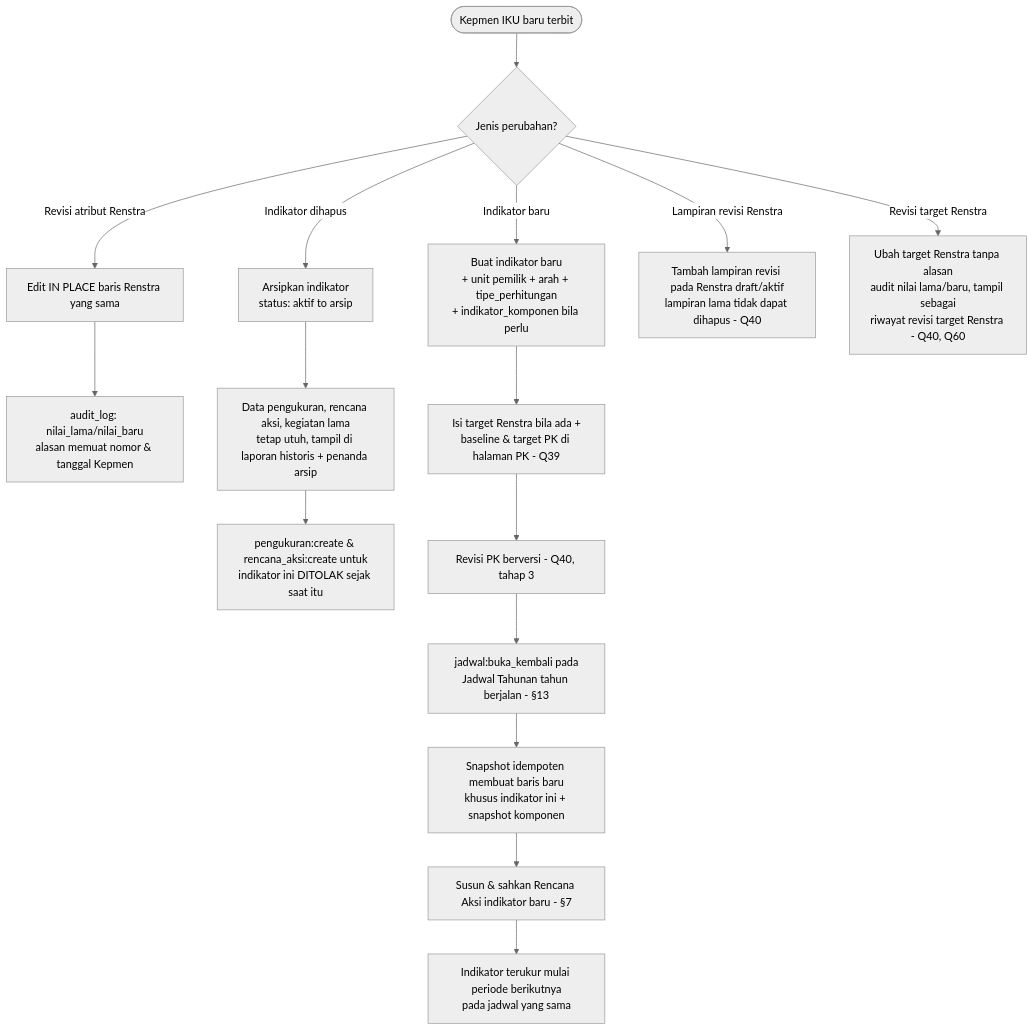
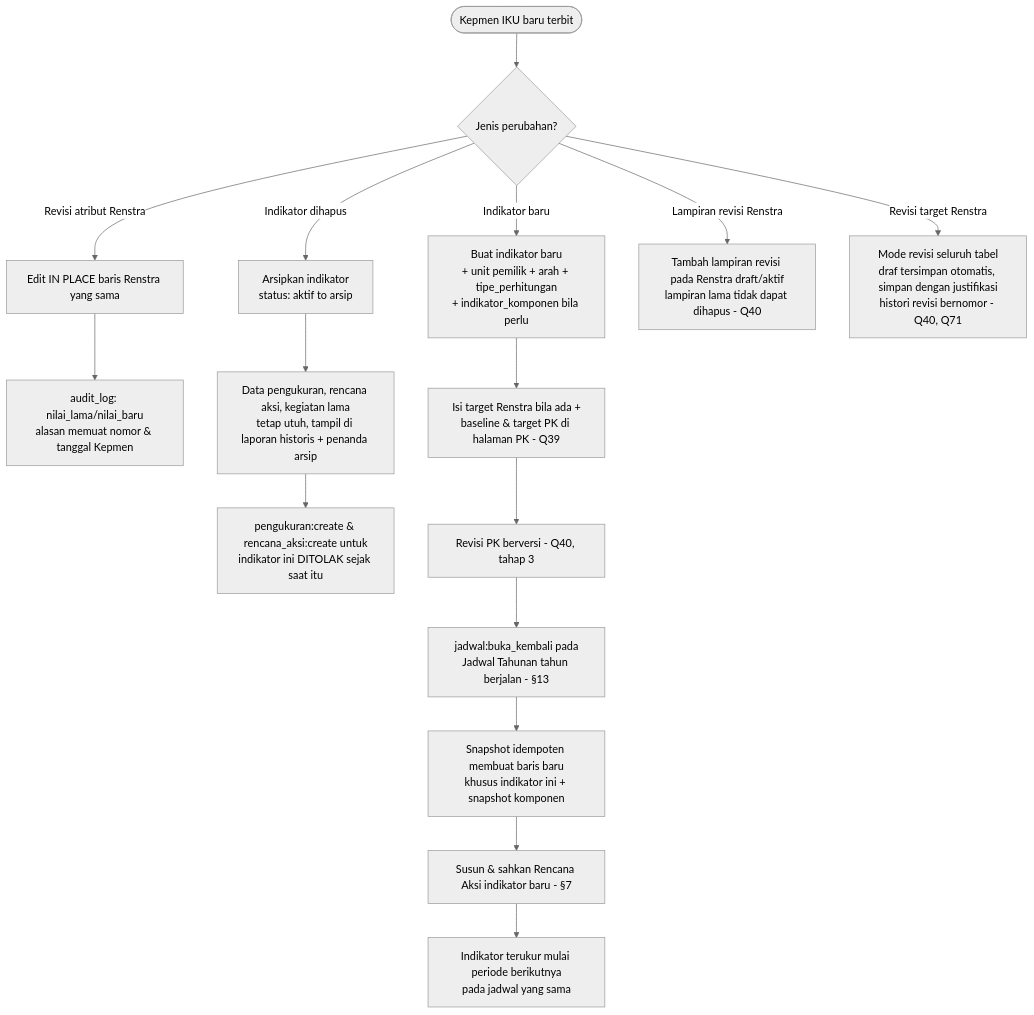
Before and after one commit to LLDIKTI-XVI-TEAM/SAKIP: diagram 14 of 21 in document/SAKIP - Workflow.md, drawn with Mermaid (neutral theme). The commit also changed other lines of this file, not shown here.

First line of the commit message:
docs(workflow): alur Kasus E mode revisi target Renstra (Q71)

````diff
--- a/document/SAKIP - Workflow.md
+++ b/document/SAKIP - Workflow.md
@@ -1663,21 +1673,21 @@
 ```mermaid
 flowchart TD
     A([Kepmen IKU baru terbit]) --> B{Jenis perubahan?}
     B -- Revisi atribut Renstra --> C[Edit IN PLACE baris Renstra yang sama]
     C --> D[audit_log: nilai_lama/nilai_baru\nalasan memuat nomor & tanggal Kepmen]
 
     B -- Indikator dihapus --> E[Arsipkan indikator\nstatus: aktif to arsip]
     E --> F[Data pengukuran, rencana aksi, kegiatan lama\ntetap utuh, tampil di laporan historis + penanda arsip]
     F --> G[pengukuran:create & rencana_aksi:create untuk\nindikator ini DITOLAK sejak saat itu]
 
     B -- Indikator baru --> H[Buat indikator baru\n+ unit pemilik + arah + tipe_perhitungan\n+ indikator_komponen bila perlu]
     H --> I[Isi target Renstra bila ada +\nbaseline & target PK di halaman PK - Q39]
     I --> J[Revisi PK berversi - Q40, tahap 3]
     J --> K[jadwal:buka_kembali pada\nJadwal Tahunan tahun berjalan - §13]
     K --> L[Snapshot idempoten membuat baris baru\nkhusus indikator ini + snapshot komponen]
     L --> M[Susun & sahkan Rencana Aksi indikator baru - §7]
     M --> N[Indikator terukur mulai periode berikutnya\npada jadwal yang sama]
 
     B -- Lampiran revisi Renstra --> R1[Tambah lampiran revisi pada Renstra draft/aktif\nlampiran lama tidak dapat dihapus - Q40]
-    B -- Revisi target Renstra --> R2[Ubah target Renstra tanpa alasan\naudit nilai lama/baru, tampil sebagai\nriwayat revisi target Renstra - Q40, Q60]
+    B -- Revisi target Renstra --> R2[Mode revisi seluruh tabel\ndraf tersimpan otomatis, simpan dengan justifikasi\nhistori revisi bernomor - Q40, Q71]
 ```
````
